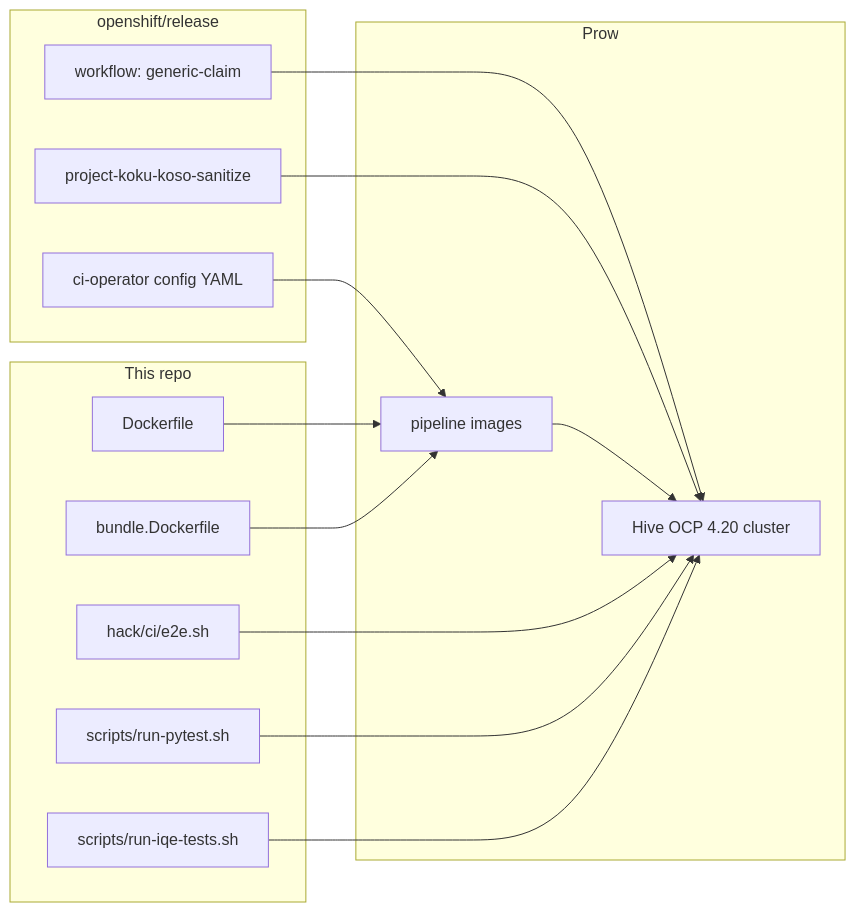
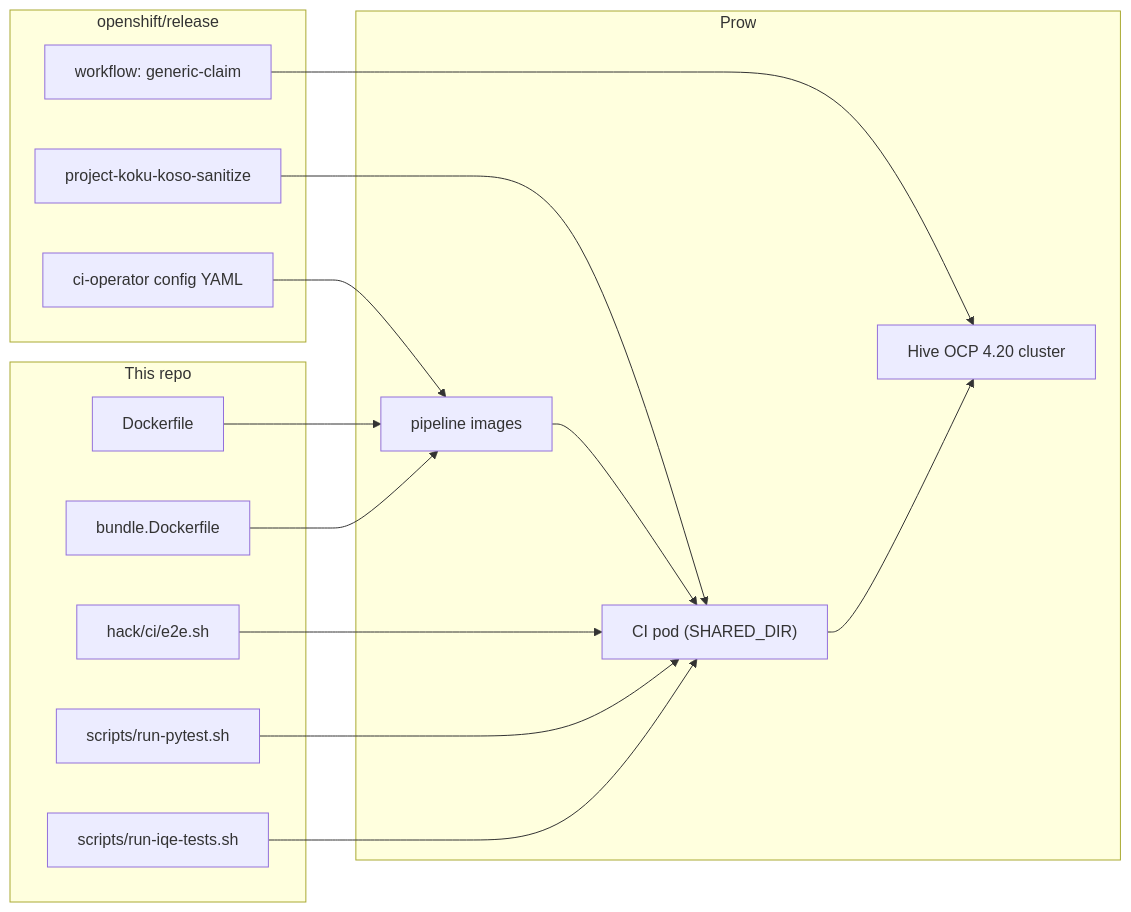
One commit to project-koku/koku-service-operator changed the diagram in docs/openshift-ci/openshift-ci.md. Above: the diagram before and after it, drawn with Mermaid. The commit also changed other lines of this file and 7 other files, not shown here.

````diff
--- a/docs/openshift-ci/openshift-ci.md
+++ b/docs/openshift-ci/openshift-ci.md
@@ -47,31 +47,33 @@
 ```mermaid
 flowchart LR
   subgraph thisRepo [This repo]
     Dockerfile
     Bundle[bundle.Dockerfile]
     E2Esh["hack/ci/e2e.sh"]
     Pytest["scripts/run-pytest.sh"]
     IQE["scripts/run-iqe-tests.sh"]
   end
 
   subgraph releaseRepo ["openshift/release"]
     Config["ci-operator config YAML"]
     Sanitize["project-koku-koso-sanitize"]
     Claim["workflow: generic-claim"]
   end
 
   subgraph prow [Prow]
     Images[pipeline images]
+    CiPod["CI pod (SHARED_DIR)"]
     Cluster["Hive OCP 4.20 cluster"]
   end
 
   Config --> Images
   Dockerfile --> Images
   Bundle --> Images
   Claim --> Cluster
-  Sanitize --> Cluster
-  Images --> Cluster
-  E2Esh --> Cluster
-  Pytest --> Cluster
-  IQE --> Cluster
+  Sanitize --> CiPod
+  Images --> CiPod
+  E2Esh --> CiPod
+  Pytest --> CiPod
+  IQE --> CiPod
+  CiPod --> Cluster
 ```
````
